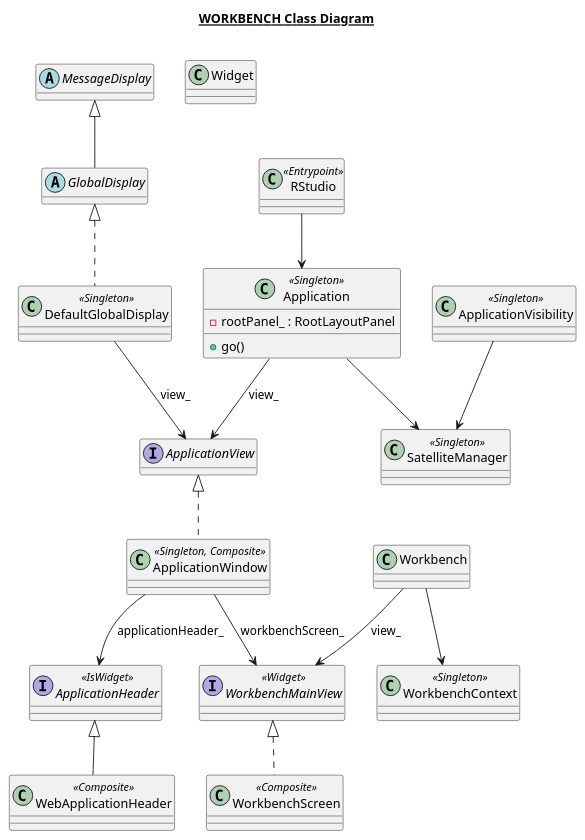
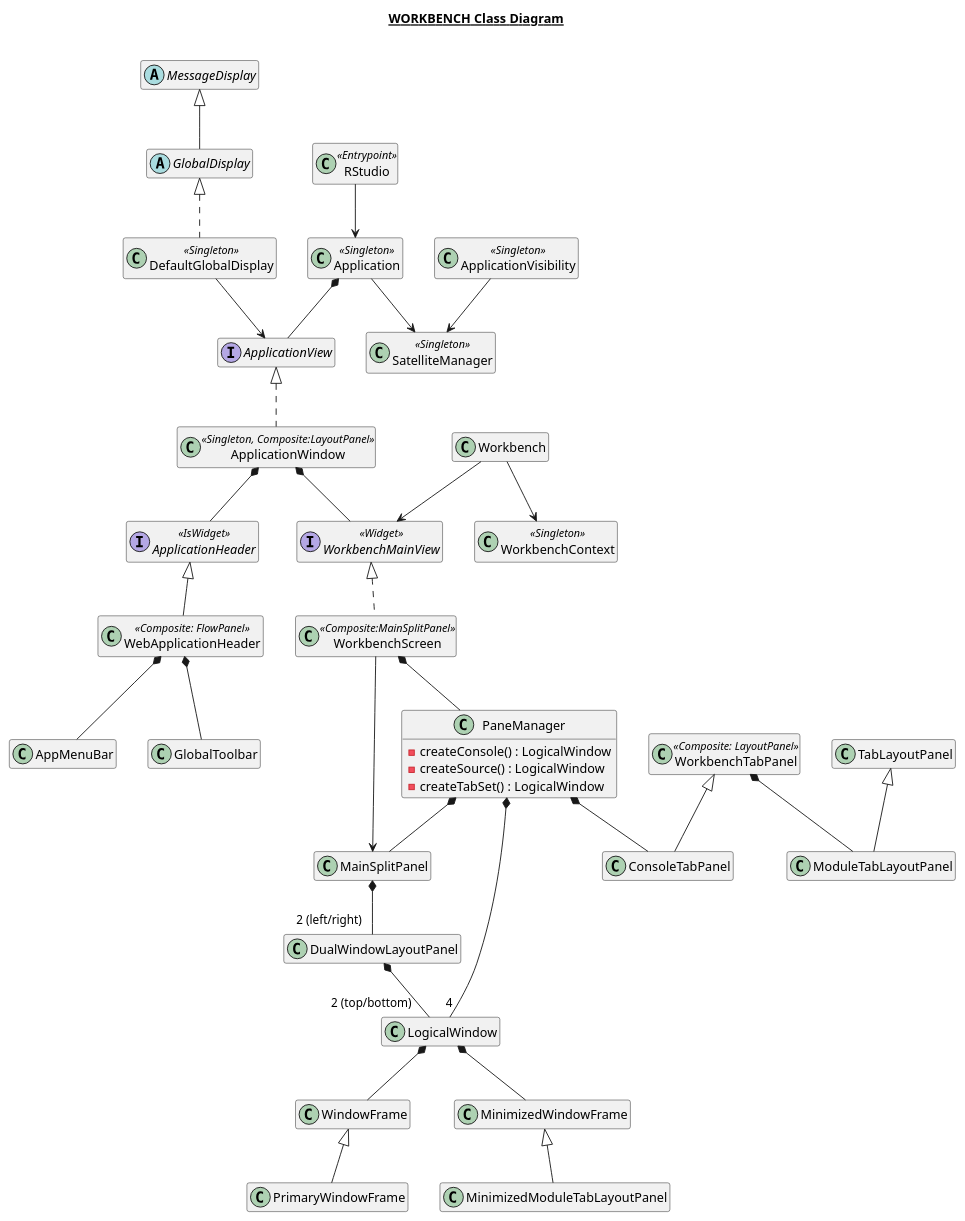
Before and after one commit to isabella232/gary-uml: the diagram in workbench.plantuml, drawn with PlantUML.

Commit message:
work in progress

```diff
--- a/workbench.plantuml
+++ b/workbench.plantuml
@@ -16,6 +16,7 @@
    + showYesNoMessage()
 }
 hide MessageDisplay methods
+hide MessageDisplay fields
 
 abstract class GlobalDisplay {
    + openWindow() {abstract}
@@ -37,30 +38,38 @@
    + getProgressIndicator() {abstract}
 }
 hide GlobalDisplay methods
-
+hide GlobalDisplay fields
 MessageDisplay <|-- GlobalDisplay
 
 class DefaultGlobalDisplay <<Singleton>> {
 }
-
+hide DefaultGlobalDisplay methods
+hide DefaultGlobalDisplay fields
 GlobalDisplay <|.. DefaultGlobalDisplay
-DefaultGlobalDisplay --> ApplicationView : view_
+DefaultGlobalDisplay --> ApplicationView
 
 class SatelliteManager <<Singleton>> {
 }
+hide SatelliteManager methods
+hide SatelliteManager fields
 
 class ApplicationVisibility <<Singleton>> {
 }
 ApplicationVisibility --> SatelliteManager
+hide ApplicationVisibility methods
+hide ApplicationVisibility fields
 
 class RStudio <<Entrypoint>> {
 }
+hide RStudio methods
+hide RStudio fields
 
 class Application <<Singleton>> {
    - rootPanel_ : RootLayoutPanel
    + go()
 }
-
+hide Application methods
+hide Application fields
 RStudio --> Application
 
 interface ApplicationView {
@@ -85,43 +94,138 @@
    showWorkbenchView()
 }
 hide ApplicationView methods
+hide ApplicationView fields
 
-class ApplicationWindow <<Singleton, Composite>> {
+class ApplicationWindow <<Singleton, Composite:LayoutPanel>> {
 }
-
-Application --> ApplicationView : view_
+hide ApplicationWindow methods
+hide ApplicationWindow fields
+Application *-- ApplicationView
 Application --> SatelliteManager
 ApplicationView <|.. ApplicationWindow
 
-class Widget {
-}
-
 interface WorkbenchMainView <<Widget>> {
 }
+hide WorkbenchMainView fields
+hide WorkbenchMainView methods
 
-class WorkbenchScreen <<Composite>> {
+class WorkbenchScreen <<Composite:MainSplitPanel>> {
 }
-
+hide WorkbenchScreen methods
+hide WorkbenchScreen fields
 WorkbenchMainView <|.. WorkbenchScreen
 
 class Workbench {
 }
+hide Workbench fields
+hide Workbench methods
 
 class WorkbenchContext <<Singleton>> {
 }
-
-Workbench --> WorkbenchMainView : view_
+hide WorkbenchContext fields
+hide WorkbenchContext methods
+Workbench --> WorkbenchMainView
 Workbench --> WorkbenchContext
-ApplicationWindow --> WorkbenchMainView : workbenchScreen_
+ApplicationWindow *-- WorkbenchMainView
 
 interface ApplicationHeader <<IsWidget>> {
 }
+hide ApplicationHeader fields
+hide ApplicationHeader methods
 
-class WebApplicationHeader <<Composite>> {
+class WebApplicationHeader <<Composite: FlowPanel>> {
 }
+hide WebApplicationHeader fields
+hide WebApplicationHeader methods
+ApplicationHeader <|-- WebApplicationHeader
+ApplicationWindow *-- ApplicationHeader
 
-ApplicationHeader <|-- WebApplicationHeader
+class AppMenuBar {
+}
+hide AppMenuBar methods
+hide AppMenuBar fields
+WebApplicationHeader *-- AppMenuBar
 
-ApplicationWindow --> ApplicationHeader : applicationHeader_
+class GlobalToolbar {
+}
+hide GlobalToolbar methods
+hide GlobalToolbar fields
+WebApplicationHeader *-- GlobalToolbar
+
+class MainSplitPanel {
+}
+hide MainSplitPanel methods
+hide MainSplitPanel fields
+WorkbenchScreen --> MainSplitPanel
+
+class LogicalWindow {
+}
+hide LogicalWindow methods
+hide LogicalWindow fields
+
+class WindowFrame {
+}
+hide WindowFrame methods
+hide WindowFrame fields
+class MinimizedWindowFrame {
+}
+hide MinimizedWindowFrame methods
+hide MinimizedWindowFrame fields
+LogicalWindow *-- WindowFrame
+LogicalWindow *-- MinimizedWindowFrame
+
+class TabLayoutPanel {
+}
+hide TabLayoutPanel methods
+hide TabLayoutPanel fields
+
+class ModuleTabLayoutPanel {
+}
+hide ModuleTabLayoutPanel methods
+hide ModuleTabLayoutPanel fields
+TabLayoutPanel <|-- ModuleTabLayoutPanel
+
+class WorkbenchTabPanel <<Composite: LayoutPanel>> {
+}
+hide WorkbenchTabPanel methods
+hide WorkbenchTabPanel fields
+WorkbenchTabPanel *-- ModuleTabLayoutPanel
+
+class ConsoleTabPanel {
+}
+hide ConsoleTabPanel methods
+hide ConsoleTabPanel fields
+WorkbenchTabPanel <|-- ConsoleTabPanel
+
+class PaneManager {
+   - createConsole() : LogicalWindow
+   - createSource() : LogicalWindow
+   - createTabSet() : LogicalWindow
+}
+hide PaneManager fields
+WorkbenchScreen *-- PaneManager
+PaneManager *-- MainSplitPanel
+PaneManager *-- "4" LogicalWindow
+PaneManager *-- ConsoleTabPanel
+
+class DualWindowLayoutPanel {
+}
+hide DualWindowLayoutPanel methods
+hide DualWindowLayoutPanel fields
+DualWindowLayoutPanel *-- "2 (top/bottom)" LogicalWindow
+
+MainSplitPanel *-- "2 (left/right)" DualWindowLayoutPanel
+
+class PrimaryWindowFrame {
+}
+hide PrimaryWindowFrame methods
+hide PrimaryWindowFrame fields
+WindowFrame <|-- PrimaryWindowFrame
+
+class MinimizedModuleTabLayoutPanel {
+}
+hide MinimizedModuleTabLayoutPanel methods
+hide MinimizedModuleTabLayoutPanel fields
+MinimizedWindowFrame <|-- MinimizedModuleTabLayoutPanel
 
 @enduml
```
